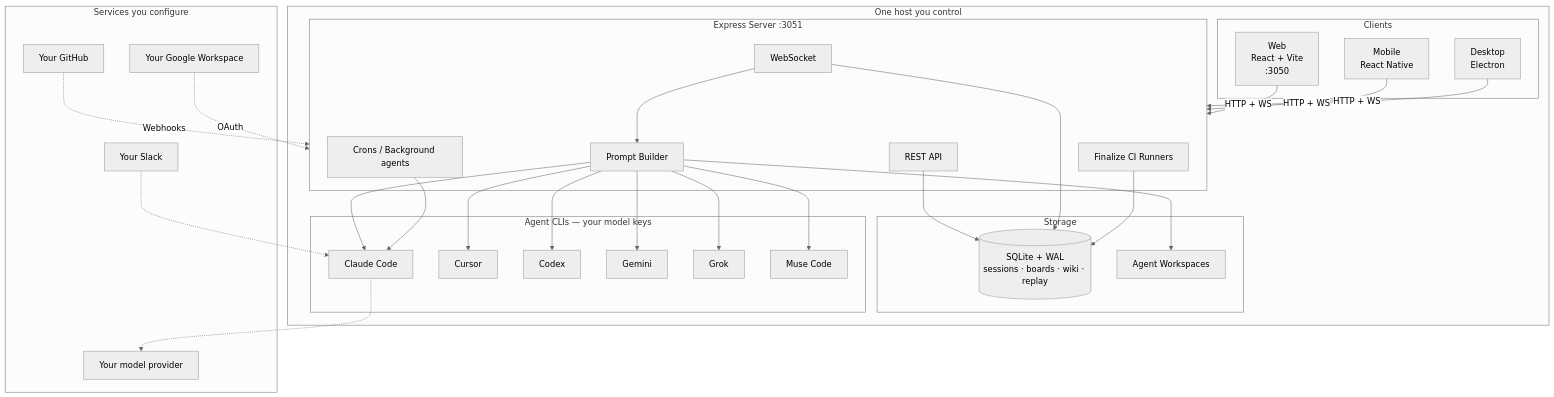
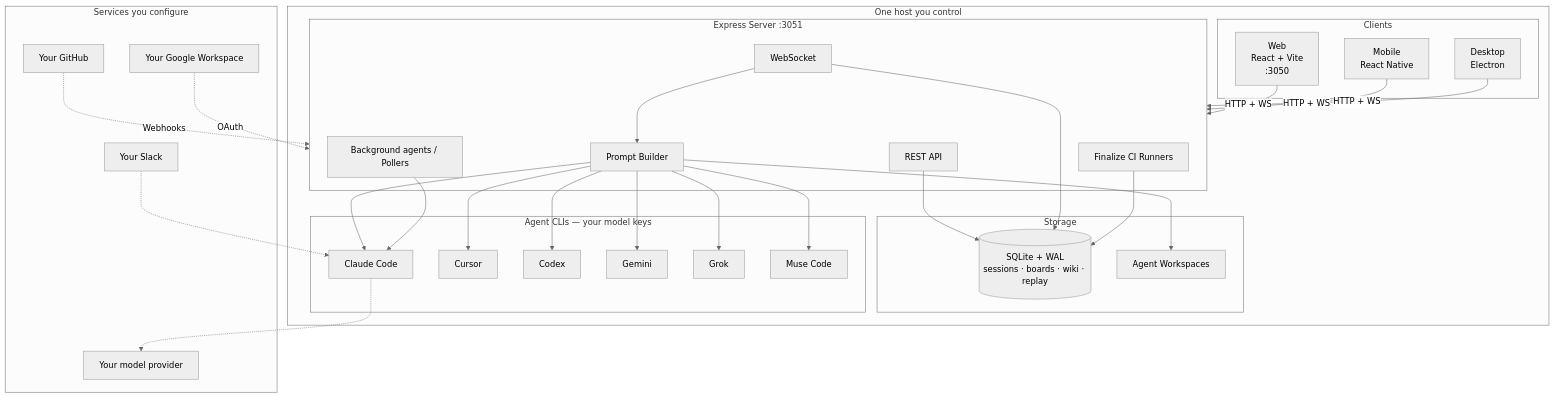
The first of 2 diagrams in README.md (Speakman-ai/agent-hub), drawn with Mermaid (neutral theme) before and after one commit. The commit also changed other lines of this file and 147 other files, not shown here.

First line of the commit message:
Remove project crons in favor of session pollers (#1574)

````diff
--- a/README.md
+++ b/README.md
@@ -425,45 +425,45 @@
 ```mermaid
 graph TB
     subgraph Host["One host you control"]
         subgraph Clients
             WEB["Web<br/>React + Vite<br/>:3050"]
             MOB["Mobile<br/>React Native"]
             DESK["Desktop<br/>Electron"]
         end
         subgraph Server["Express Server :3051"]
             REST[REST API]
             WS[WebSocket]
             PROMPT[Prompt Builder]
-            CRON[Crons / Background agents]
+            CRON[Background agents / Pollers]
             FIN[Finalize CI Runners]
         end
         subgraph Storage
             DB[(SQLite + WAL<br/>sessions · boards · wiki · replay)]
             FS[Agent Workspaces]
         end
         subgraph Engines["Agent CLIs — your model keys"]
             CLAUDE[Claude Code]
             CURSOR[Cursor]
             CODEX[Codex]
             GEMINI[Gemini]
             GROK[Grok]
             MUSE[Muse Code]
         end
         WEB & MOB & DESK -->|HTTP + WS| Server
         REST & WS --> DB
         WS --> PROMPT --> CLAUDE & CURSOR & CODEX & GEMINI & GROK & MUSE
         PROMPT --> FS
         CRON --> CLAUDE
         FIN --> DB
     end
     subgraph Yours["Services you configure"]
         GH[Your GitHub]
         SLACK[Your Slack]
         GOOG[Your Google Workspace]
         MODELS[Your model provider]
     end
     CLAUDE -.-> MODELS
     GH -.->|Webhooks| Server
     SLACK -.-> CLAUDE
     GOOG -.->|OAuth| Server
 ```
````
